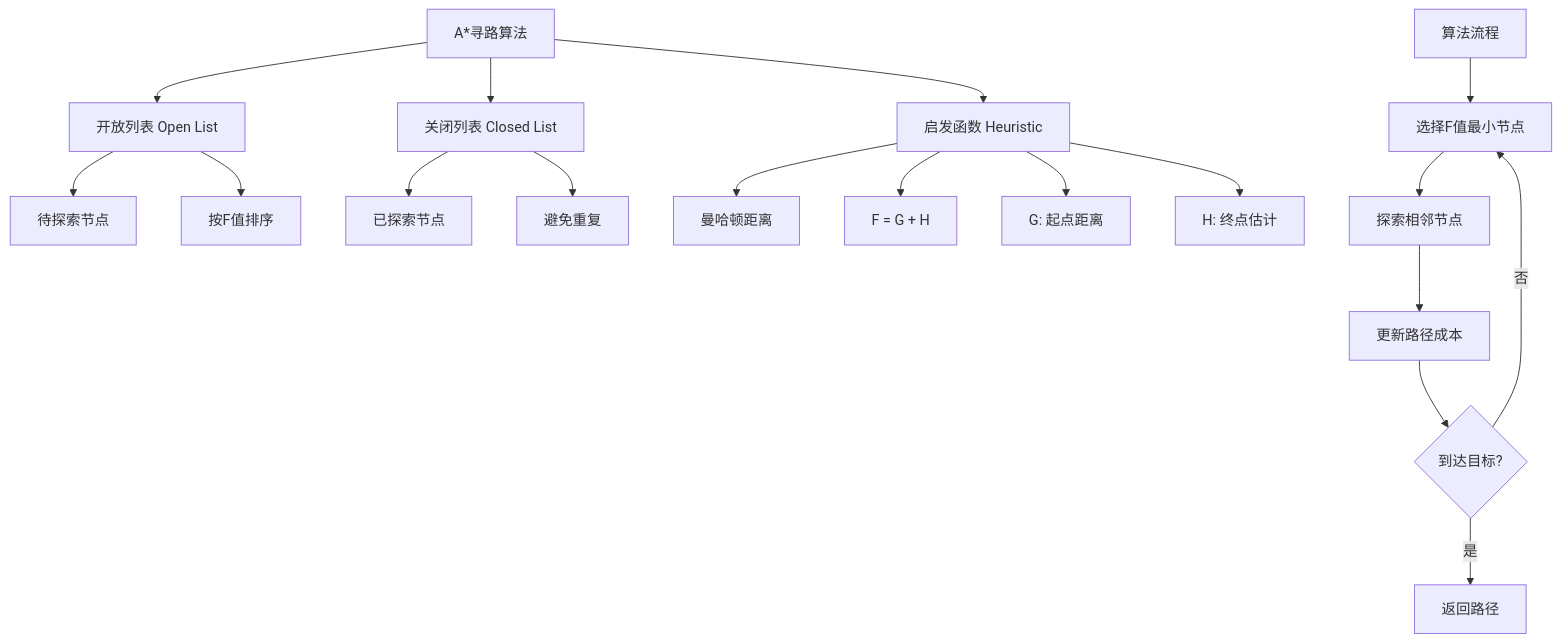
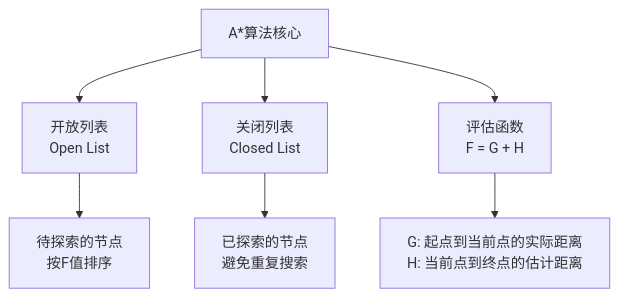
Before and after one commit to youjing-mz/snake: the sixth of 10 diagrams in 课时3-游戏AI与智能化/README.md, drawn with Mermaid. The commit also changed other lines of this file and 8 other files, not shown here.

````diff
--- a/课时3-游戏AI与智能化/README.md
+++ b/课时3-游戏AI与智能化/README.md
@@ -111,24 +136,10 @@
 ```mermaid
 graph TD
-    A[A*寻路算法] --> B[开放列表 Open List]
-    A --> C[关闭列表 Closed List]
-    A --> D[启发函数 Heuristic]
+    A[A*算法核心] --> B[开放列表<br/>Open List]
+    A --> C[关闭列表<br/>Closed List]
+    A --> D[评估函数<br/>F = G + H]
     
-    B --> B1[待探索节点]
-    B --> B2[按F值排序]
-    
-    C --> C1[已探索节点]
-    C --> C2[避免重复]
-    
-    D --> D1[曼哈顿距离]
-    D --> D2[F = G + H]
-    D --> D3[G: 起点距离]
-    D --> D4[H: 终点估计]
-    
-    E[算法流程] --> F[选择F值最小节点]
-    F --> G[探索相邻节点]
-    G --> H[更新路径成本]
-    H --> I{到达目标?}
-    I -->|否| F
-    I -->|是| J[返回路径]
+    B --> B1[待探索的节点<br/>按F值排序]
+    C --> C1[已探索的节点<br/>避免重复搜索]
+    D --> D1[G: 起点到当前点的实际距离<br/>H: 当前点到终点的估计距离]
 ```
````
